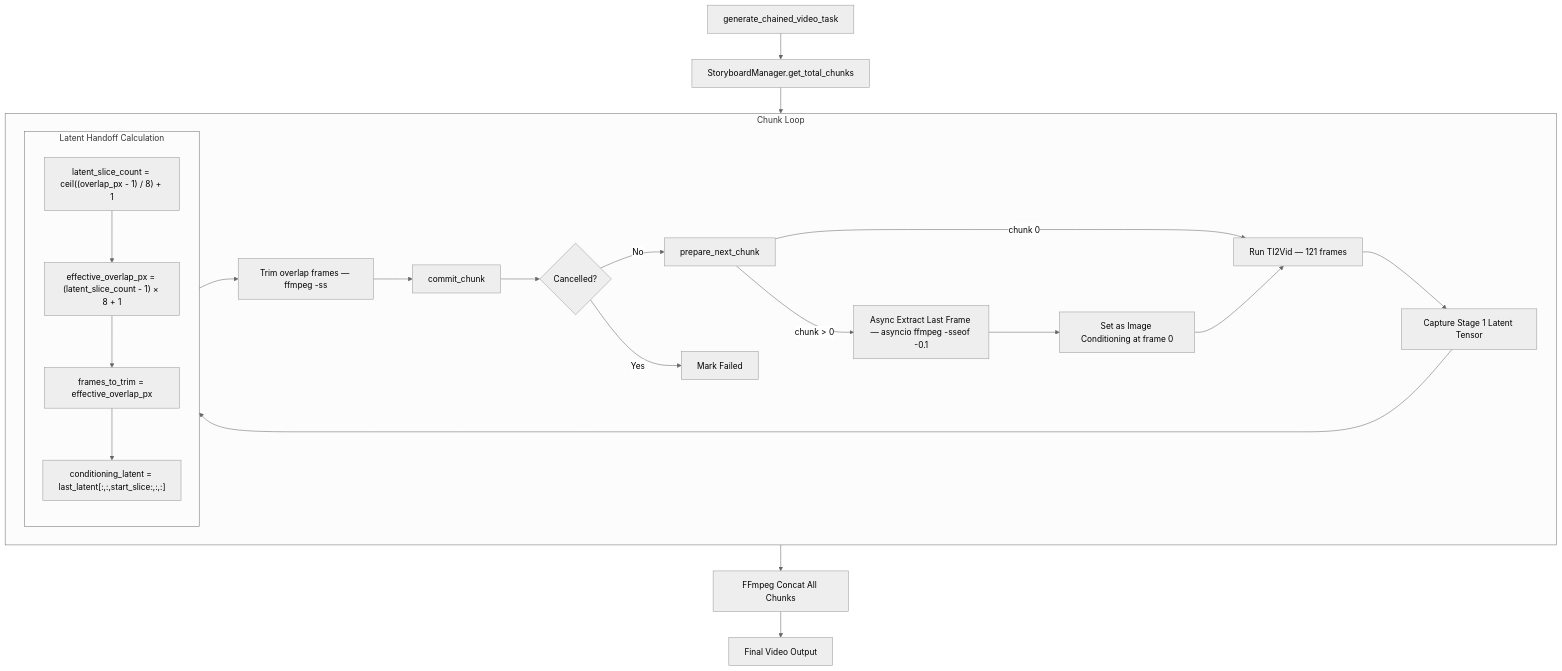
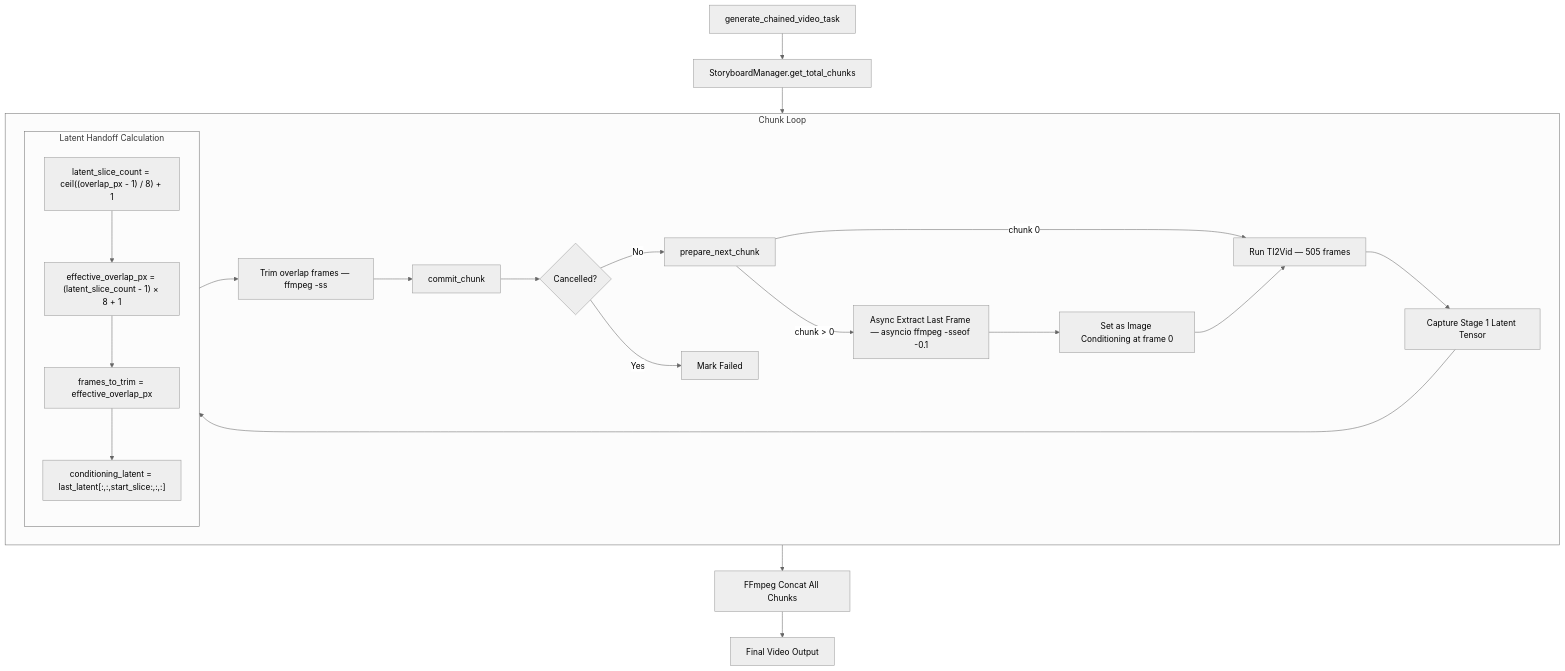
One commit to mainza-ai/milimovideo changed the third of 8 diagrams in docs/03_ai_pipelines.md. Above: the diagram before and after it, drawn with Mermaid (neutral theme). The commit also changed other lines of this file and 2 other files, not shown here.

````diff
--- a/docs/03_ai_pipelines.md
+++ b/docs/03_ai_pipelines.md
@@ -159,32 +159,32 @@
 ```mermaid
 flowchart TD
     START[generate_chained_video_task] --> CALC[StoryboardManager.get_total_chunks]
     CALC --> LOOP
 
     subgraph LOOP["Chunk Loop"]
-        PREP[prepare_next_chunk] -->|"chunk 0"| GEN[Run TI2Vid — 121 frames]
+        PREP[prepare_next_chunk] -->|"chunk 0"| GEN[Run TI2Vid — 505 frames]
         PREP -->|"chunk > 0"| EXTRACT[Async Extract Last Frame — asyncio ffmpeg -sseof -0.1]
         EXTRACT --> COND[Set as Image Conditioning at frame 0]
         COND --> GEN
         
         GEN --> CAPTURE[Capture Stage 1 Latent Tensor]
         CAPTURE --> ALIGN[Quantum Alignment Math]
         
         subgraph ALIGN["Latent Handoff Calculation"]
             QA1["latent_slice_count = ceil((overlap_px - 1) / 8) + 1"]
             QA2["effective_overlap_px = (latent_slice_count - 1) × 8 + 1"]
             QA3["frames_to_trim = effective_overlap_px"]
             QA4["conditioning_latent = last_latent[:,:,start_slice:,:,:]"]
             QA1 --> QA2 --> QA3 --> QA4
         end
         
         ALIGN --> TRIM[Trim overlap frames — ffmpeg -ss]
         TRIM --> COMMIT[commit_chunk]
         COMMIT --> CANCEL{Cancelled?}
         CANCEL -->|No| PREP
         CANCEL -->|Yes| ABORT[Mark Failed]
     end
 
     LOOP --> STITCH[FFmpeg Concat All Chunks]
     STITCH --> FINAL[Final Video Output]
 ```
````
